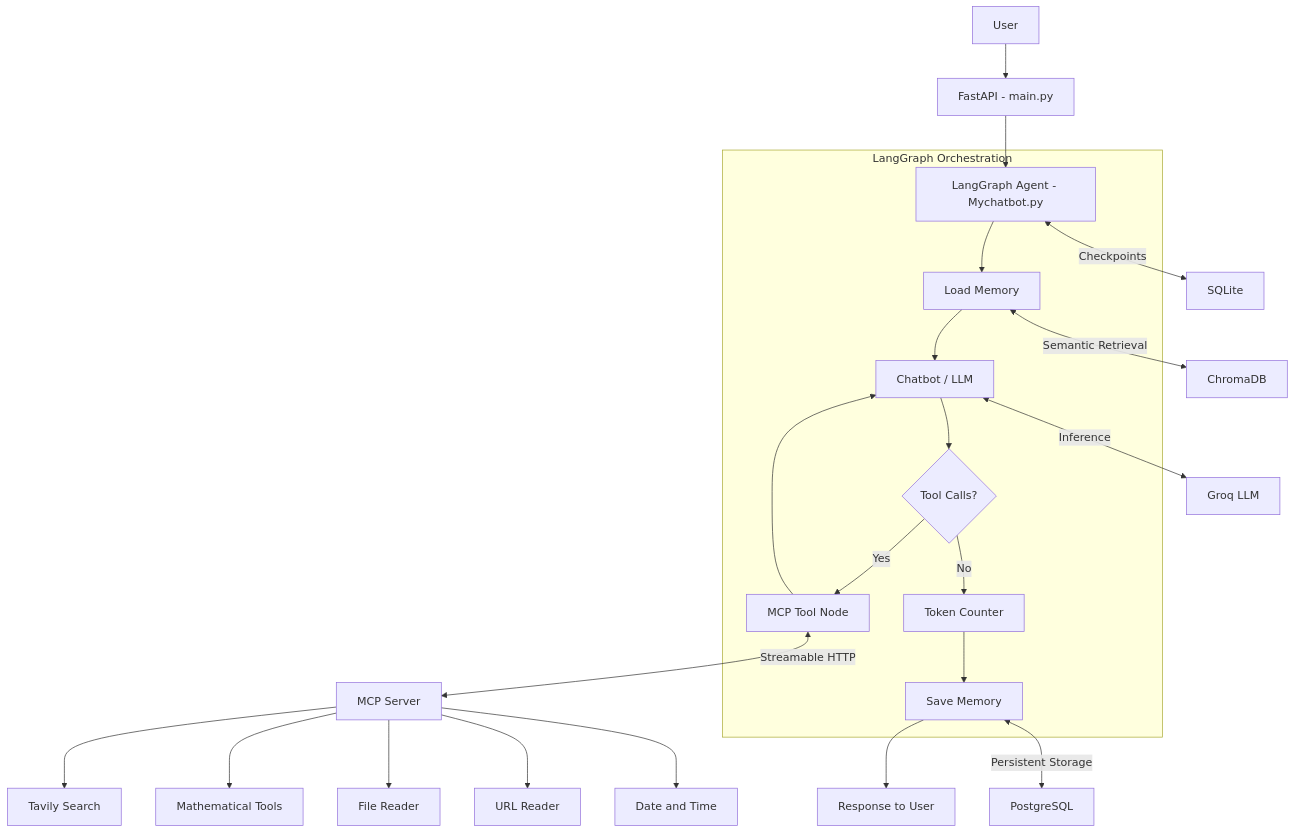
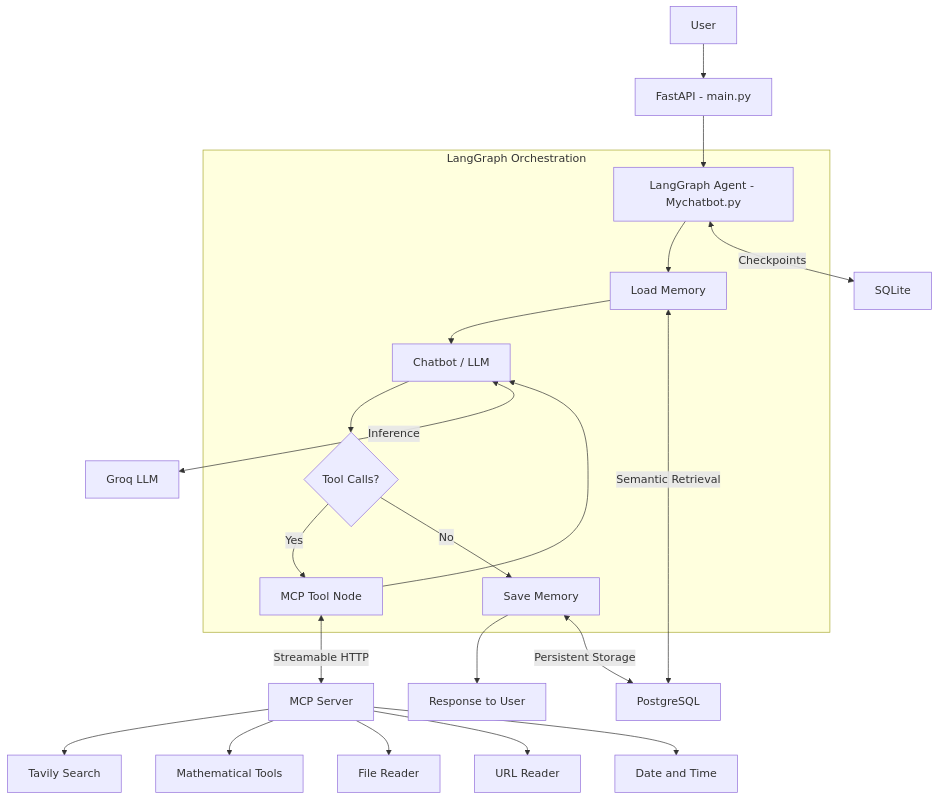
Before and after one commit to Chimix001/Chatbot: the diagram in README.md, drawn with Mermaid. The commit also changed other lines of this file and 14 other files, not shown here.

````diff
--- a/README.md
+++ b/README.md
@@ -82,32 +81,31 @@
 ```mermaid
 flowchart TD
     A["User"] --> B["FastAPI - main.py"]
     B --> C["LangGraph Agent - Mychatbot.py"]
 
     subgraph Agent["LangGraph Orchestration"]
         C --> D["Load Memory"]
         D --> E["Chatbot / LLM"]
         E --> F{"Tool Calls?"}
         F -->|Yes| G["MCP Tool Node"]
         G --> E
-        F -->|No| H["Token Counter"]
-        H --> I["Save Memory"]
+        F -->|No| I["Save Memory"]
     end
 
     I --> J["Response to User"]
 
     E <-->|Inference| K["Groq LLM"]
 
     G <-->|Streamable HTTP| L["MCP Server"]
 
     L --> M["Tavily Search"]
     L --> N["Mathematical Tools"]
     L --> O["File Reader"]
     L --> P["URL Reader"]
     L --> Q["Date and Time"]
 
-    D <-->|Semantic Retrieval| R["ChromaDB"]
-    I <-->|Persistent Storage| S["PostgreSQL"]
+    D <-->|Semantic Retrieval| S["PostgreSQL"]
+    I <-->|Persistent Storage| S
 
     C <-->|Checkpoints| T["SQLite"]
 ```
````
